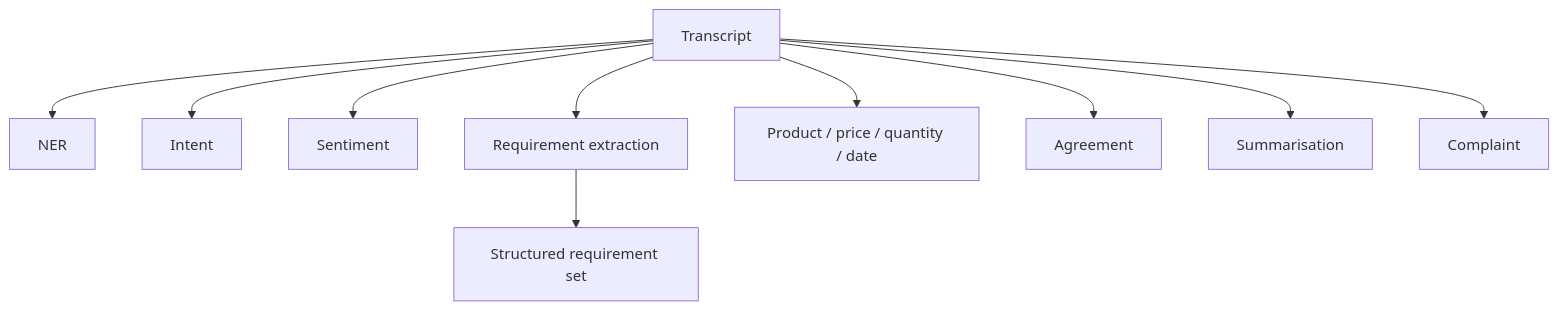
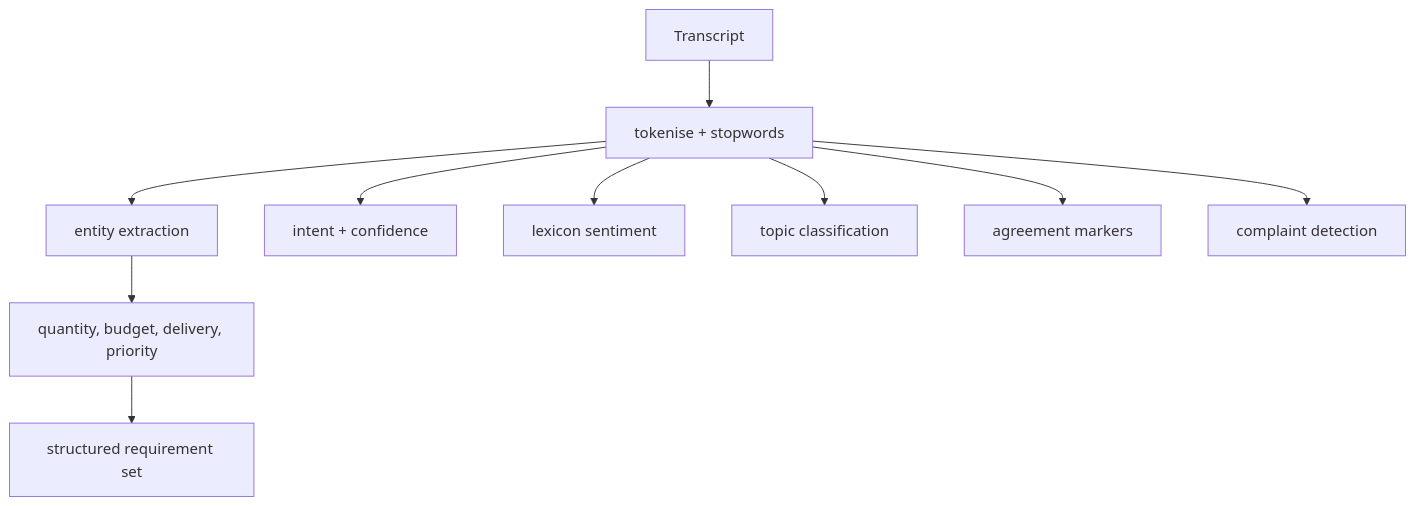
One commit to Gags-31/HubSpot-AI-CRM changed the diagram in docs/architecture/04-nlp-conversation-intelligence.md. Above: the diagram before and after it, drawn with Mermaid. The commit also changed other lines of this file and 62 other files, not shown here.

````diff
--- a/docs/architecture/04-nlp-conversation-intelligence.md
+++ b/docs/architecture/04-nlp-conversation-intelligence.md
@@ -9,12 +9,12 @@
 ```mermaid
 flowchart TD
-  IN[Transcript] --> NER[NER]
-  IN --> ID[Intent]
-  IN --> SA[Sentiment]
-  IN --> RE[Requirement extraction]
-  IN --> PE[Product / price / quantity / date]
-  IN --> AD[Agreement]
-  IN --> SU[Summarisation]
-  IN --> CD[Complaint]
-  RE --> OUT[Structured requirement set]
+  IN[Transcript] --> TOK[tokenise + stopwords]
+  TOK --> NER[entity extraction]
+  TOK --> ID[intent + confidence]
+  TOK --> SA[lexicon sentiment]
+  TOK --> TC[topic classification]
+  TOK --> AD[agreement markers]
+  TOK --> CD[complaint detection]
+  NER --> REQ[quantity, budget, delivery, priority]
+  REQ --> OUT[structured requirement set]
 ```
````
